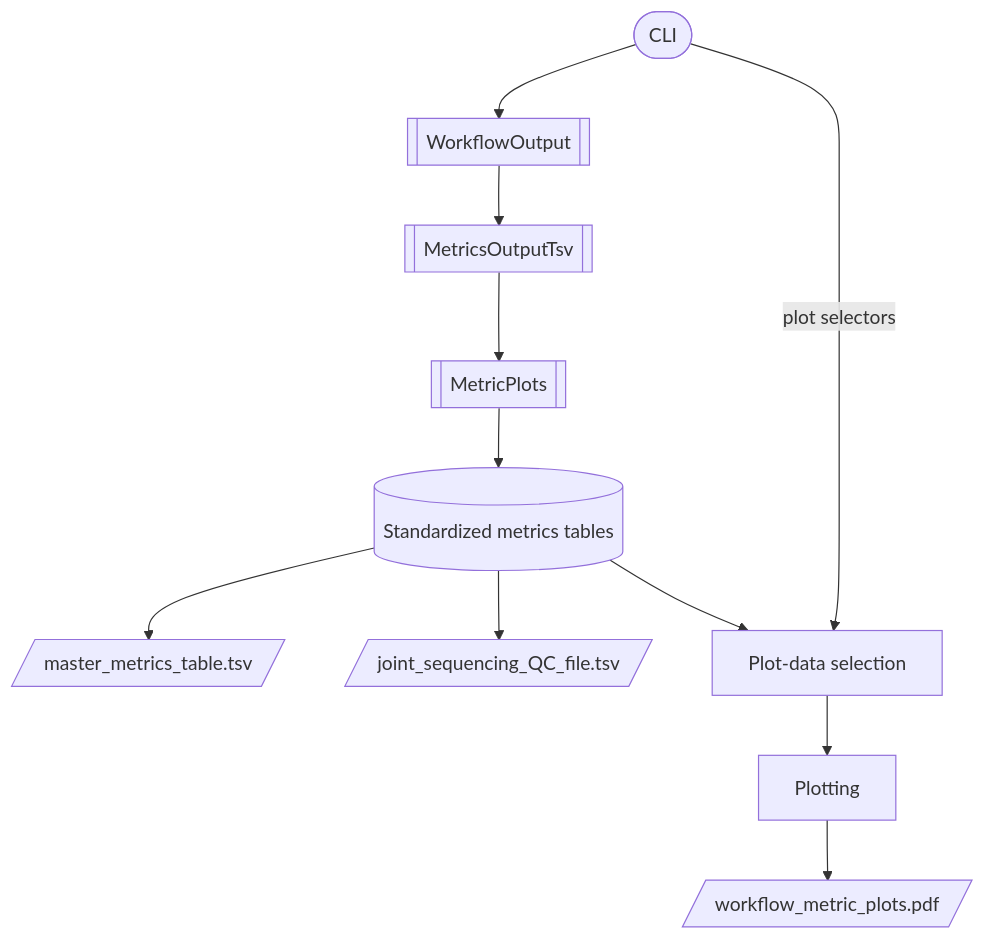
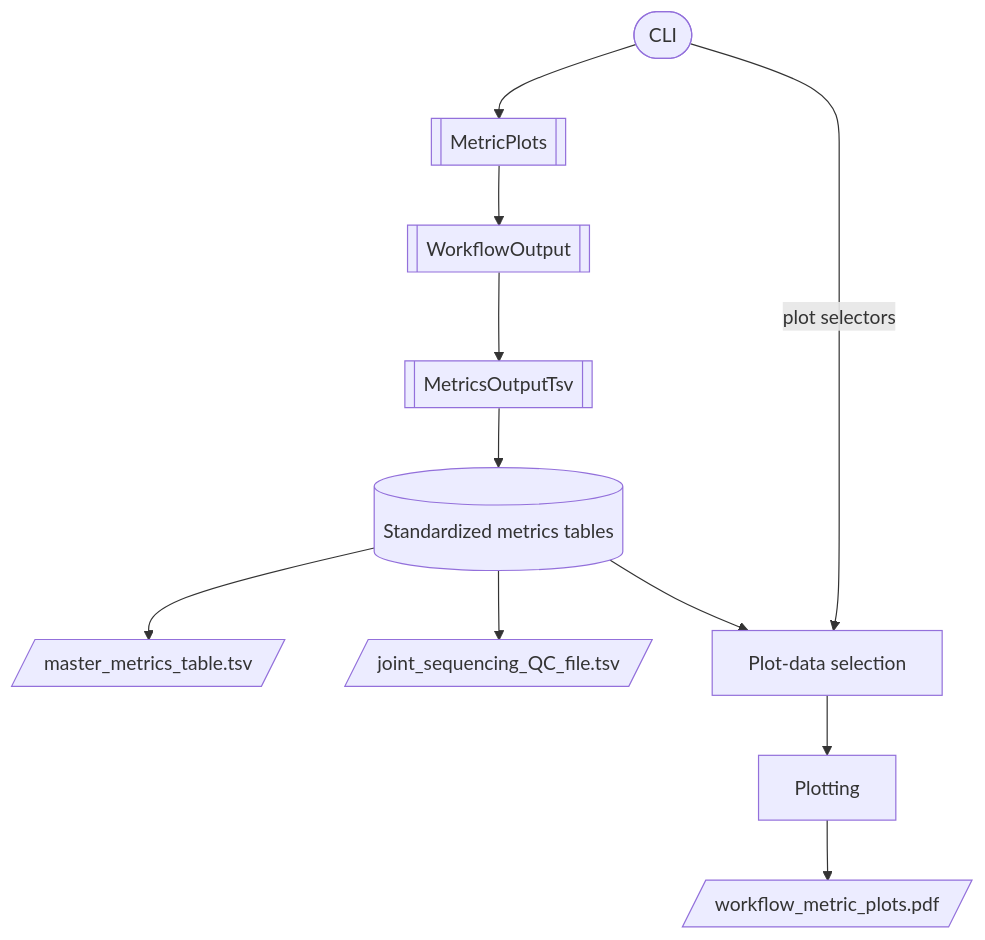
One commit to InPreD/tsoppy changed the diagram in docs/references/metric_plots_architecture.md. Above: the diagram before and after it, drawn with Mermaid. The commit also changed other lines of this file, not shown here.

Commit message:
Fix class orchestration order and clarify shape legend in architecture diagram

````diff
--- a/docs/references/metric_plots_architecture.md
+++ b/docs/references/metric_plots_architecture.md
@@ -13,14 +13,14 @@
 ```mermaid
 %%{init: {'flowchart': {'defaultRenderer': 'diagre-wrapper'}} }%%
 flowchart TD
-    CLI([CLI]) --> WorkflowOutput[[WorkflowOutput]]
+    CLI([CLI]) --> MetricPlots[[MetricPlots]]
+    MetricPlots --> WorkflowOutput[[WorkflowOutput]]
     WorkflowOutput --> MetricsOutputTsv[[MetricsOutputTsv]]
-    MetricsOutputTsv --> MetricPlots[[MetricPlots]]
-    MetricPlots --> Tables[(Standardized metrics tables)]
+    MetricsOutputTsv --> Tables[(Standardized metrics tables)]
     Tables --> MasterFile[/master_metrics_table.tsv/]
     Tables --> JointQcFile[/joint_sequencing_QC_file.tsv/]
     Tables --> PlotSelection[Plot-data selection]
     CLI -- "plot selectors" --> PlotSelection
     PlotSelection --> Plotting[Plotting]
     Plotting --> PdfFile[/"workflow_metric_plots.pdf"/]
 ```
````
